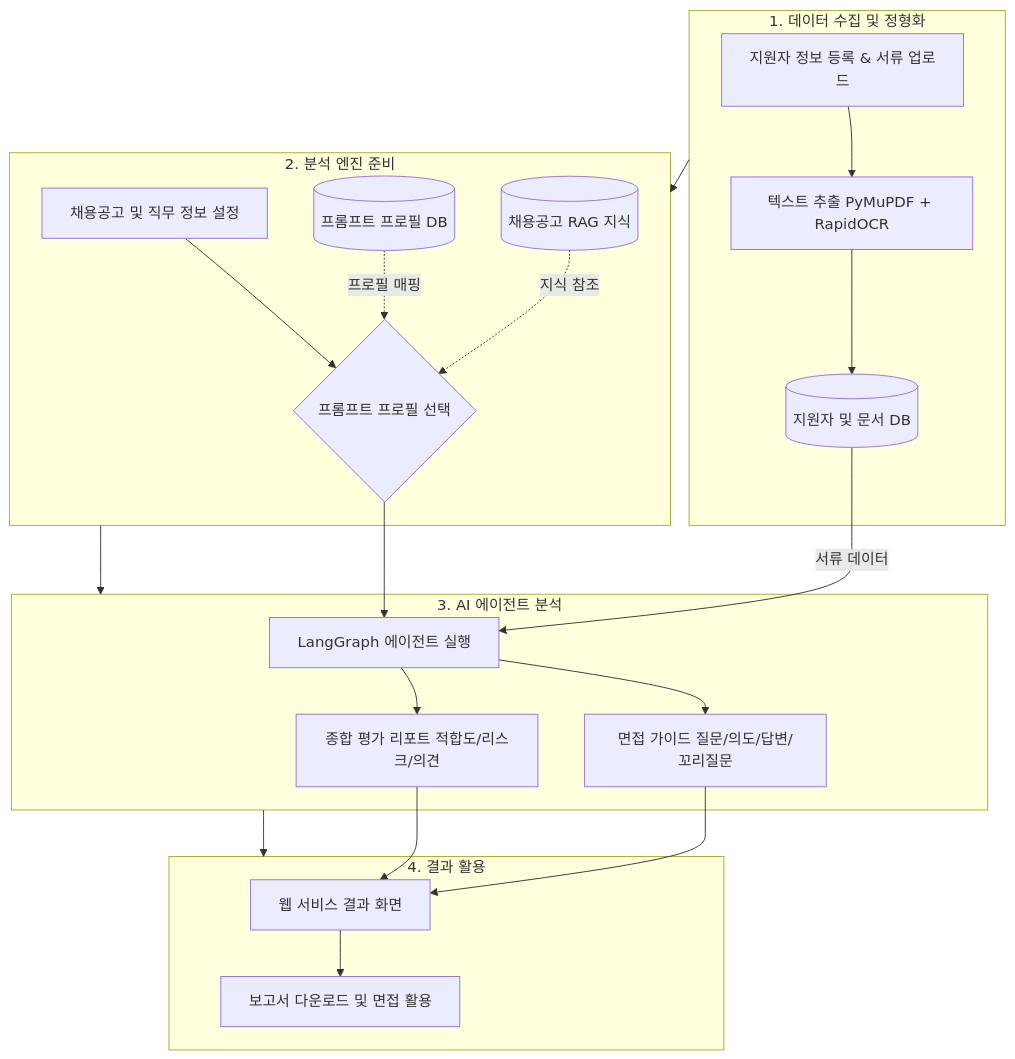
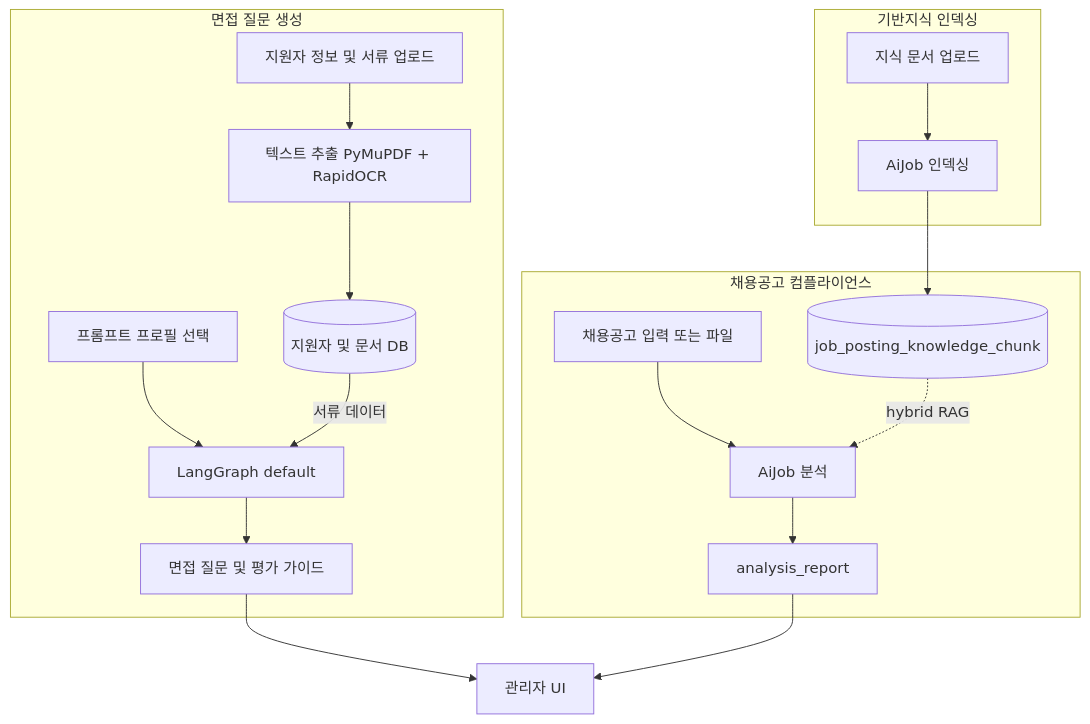
Before and after one commit to bamti95/hr-copilot: the first of 3 diagrams in README.md, drawn with Mermaid. The commit also changed other lines of this file, not shown here.

First line of the commit message:
docs: README를 현재 구현 기준으로 갱신하고 RAG·로컬 실행 섹션 추가

````diff
--- a/README.md
+++ b/README.md
@@ -81,31 +97,24 @@
 ```mermaid
 graph TD
-    subgraph Step1 [1. 데이터 수집 및 정형화]
-        Input[지원자 정보 등록 & 서류 업로드] --> Parsing[텍스트 추출 PyMuPDF + RapidOCR]
-        Parsing --> DB[(지원자 및 문서 DB)]
+    subgraph InterviewTrack [면접 질문 생성]
+        Input[지원자 정보 및 서류 업로드] --> Parsing[텍스트 추출 PyMuPDF + RapidOCR]
+        Parsing --> CandDB[(지원자 및 문서 DB)]
+        Profile[프롬프트 프로필 선택] --> Agent[LangGraph default]
+        CandDB -->|서류 데이터| Agent
+        Agent --> Questions[면접 질문 및 평가 가이드]
     end
 
-    Step1 --> Step2
-
-    subgraph Step2 [2. 분석 엔진 준비]
-        Req[채용공고 및 직무 정보 설정] --> ProfileMgr{프롬프트 프로필 선택}
-        PromptDB[(프롬프트 프로필 DB)] -.->|프로필 매핑| ProfileMgr
-        JobDB[(채용공고 RAG 지식)] -.->|지식 참조| ProfileMgr
+    subgraph ComplianceTrack [채용공고 컴플라이언스]
+        Posting[채용공고 입력 또는 파일] --> AnalyzeJob[AiJob 분석]
+        KnowledgeDB[(job_posting_knowledge_chunk)] -.->|hybrid RAG| AnalyzeJob
+        AnalyzeJob --> Report[analysis_report]
     end
 
-    Step2 --> Step3
-
-    subgraph Step3 [3. AI 에이전트 분석]
-        ProfileMgr --> Agent[LangGraph 에이전트 실행]
-        DB -->|서류 데이터| Agent
-        Agent --> Guide[면접 가이드 질문/의도/답변/꼬리질문]
-        Agent --> Report[종합 평가 리포트 적합도/리스크/의견]
+    subgraph KnowledgeTrack [기반지식 인덱싱]
+        KnowledgeUpload[지식 문서 업로드] --> IndexJob[AiJob 인덱싱]
+        IndexJob --> KnowledgeDB
     end
 
-    Step3 --> Step4
-
-    subgraph Step4 [4. 결과 활용]
-        Guide & Report --> WebUI[웹 서비스 결과 화면]
-        WebUI --> Final[보고서 다운로드 및 면접 활용]
-    end
+    Questions --> WebUI[관리자 UI]
+    Report --> WebUI
 ```
````
